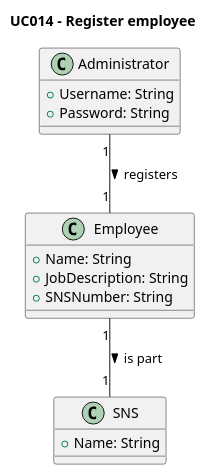
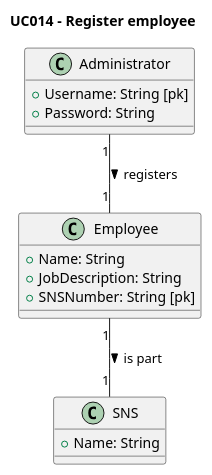
One commit to rafaafig/SnsTrab changed the diagram in sns-base/doc/global/use-cases/UC014/ucd-UCD014-DM.puml. Above: the diagram before and after it, drawn with PlantUML. The commit also changed 10 other files, not shown here.

Commit message:
modelo logico nos diagramas dos casos

```diff
--- a/sns-base/doc/global/use-cases/UC014/ucd-UCD014-DM.puml
+++ b/sns-base/doc/global/use-cases/UC014/ucd-UCD014-DM.puml
@@ -1,28 +1,29 @@
 @startuml
 'skinparam monochrome true
 'skinparam shadowing false
 
 title UC014 - Register employee
 
 class Administrator {
-    +Username: String
+    +Username: String [pk]
     +Password: String
 }
 
 class SNS {
     +Name: String
 }
 
 class Employee {
     +Name: String
     +JobDescription: String
-    +SNSNumber: String
+    +SNSNumber: String [pk]
+
 }
 
 ' Relationships
 Administrator "1" -- "1" Employee : registers >
 Employee "1" -- "1" SNS : is part >
 
 
 
 @enduml
```
